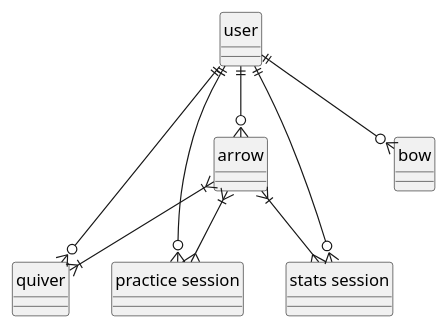
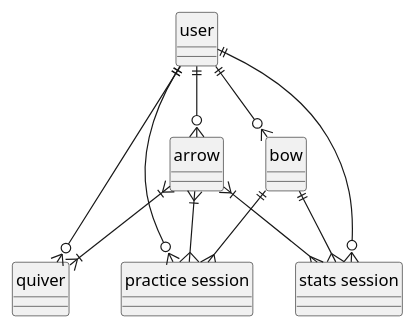
One commit to remace/OC-P13_Archery_Buddy changed the diagram in docs/diagrams/mpd.puml. Above: the diagram before and after it, drawn with PlantUML.

Commit message:
add bow relations

```diff
--- a/docs/diagrams/mpd.puml
+++ b/docs/diagrams/mpd.puml
@@ -1,38 +1,41 @@
 @startuml
 
 hide circle
 
 entity "user" as User{
     
 }
 
 entity "arrow" as Arrow {
 
 }
 
 entity "quiver" as Quiver{
 
 }
 
 entity "bow" as Bow{
 
 }
 
 entity "practice session" as PracticeSession{
 
 }
 
 entity "stats session" as StatsSession{
 
 }
 
 User ||--o{ Arrow
 User ||--o{ Bow
 User ||--o{ PracticeSession
 User ||--o{ StatsSession
 User ||--o{ Quiver
 
 Arrow }|--|{Quiver
 Arrow }|--{ PracticeSession
 Arrow }|--{ StatsSession
+
+Bow ||--{ PracticeSession
+Bow ||--{ StatsSession
 @enduml
```
